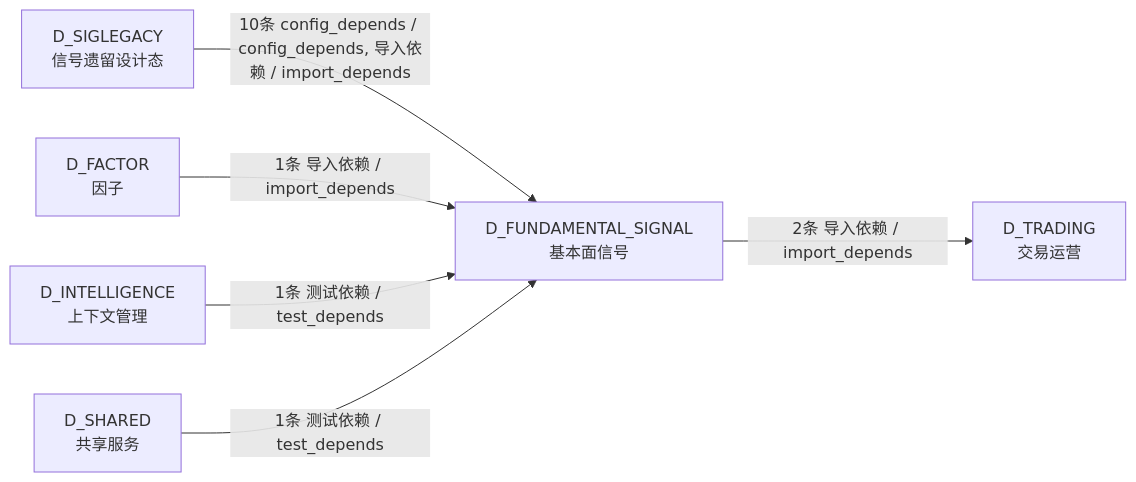
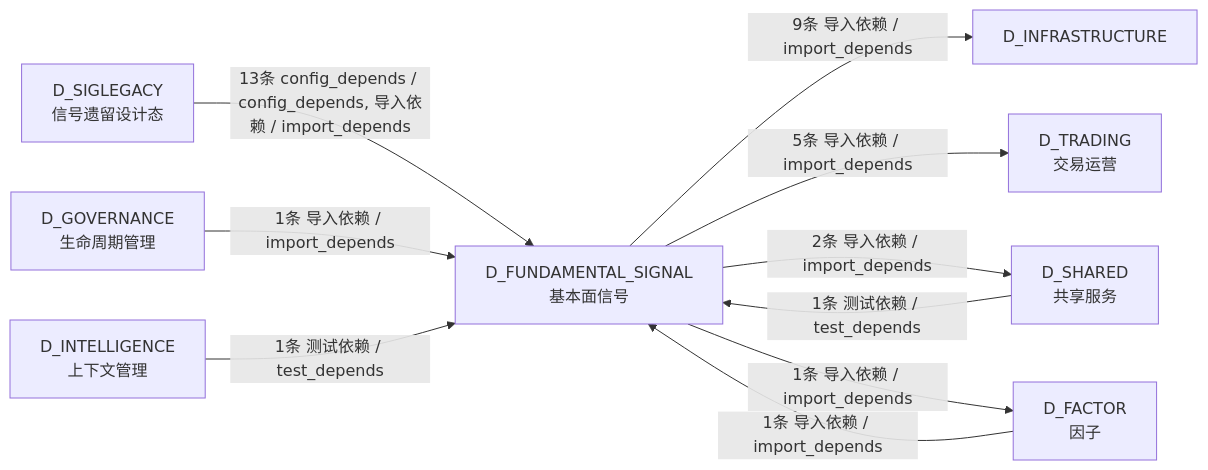
The fourth of 4 diagrams in docs/02_enterprise_architecture/02_domain_architecture_docs/37_d_fundamental_signal.md (xuanFelixVan/ZephyrAlpha), drawn with Mermaid before and after one commit. The commit also changed other lines of this file and 126 other files, not shown here.

````diff
--- a/docs/02_enterprise_architecture/02_domain_architecture_docs/37_d_fundamental_signal.md
+++ b/docs/02_enterprise_architecture/02_domain_architecture_docs/37_d_fundamental_signal.md
@@ -219,14 +286,20 @@
 ```mermaid
 graph LR
     D_FUNDAMENTAL_SIGNAL["D_FUNDAMENTAL_SIGNAL<br/>基本面信号"]
+    D_INFRASTRUCTURE["D_INFRASTRUCTURE"]
     D_TRADING["D_TRADING<br/>交易运营"]
+    D_SHARED["D_SHARED<br/>共享服务"]
+    D_FACTOR["D_FACTOR<br/>因子"]
     D_SIGLEGACY["D_SIGLEGACY<br/>信号遗留设计态"]
-    D_FACTOR["D_FACTOR<br/>因子"]
+    D_GOVERNANCE["D_GOVERNANCE<br/>生命周期管理"]
     D_INTELLIGENCE["D_INTELLIGENCE<br/>上下文管理"]
-    D_SHARED["D_SHARED<br/>共享服务"]
-    D_FUNDAMENTAL_SIGNAL -->|2条 导入依赖 / import_depends| D_TRADING
-    D_SIGLEGACY -->|10条 config_depends / config_depends, 导入依赖 / import_depends| D_FUNDAMENTAL_SIGNAL
+    D_FUNDAMENTAL_SIGNAL -->|9条 导入依赖 / import_depends| D_INFRASTRUCTURE
+    D_FUNDAMENTAL_SIGNAL -->|5条 导入依赖 / import_depends| D_TRADING
+    D_FUNDAMENTAL_SIGNAL -->|2条 导入依赖 / import_depends| D_SHARED
+    D_FUNDAMENTAL_SIGNAL -->|1条 导入依赖 / import_depends| D_FACTOR
+    D_SIGLEGACY -->|13条 config_depends / config_depends, 导入依赖 / import_depends| D_FUNDAMENTAL_SIGNAL
     D_FACTOR -->|1条 导入依赖 / import_depends| D_FUNDAMENTAL_SIGNAL
+    D_GOVERNANCE -->|1条 导入依赖 / import_depends| D_FUNDAMENTAL_SIGNAL
     D_INTELLIGENCE -->|1条 测试依赖 / test_depends| D_FUNDAMENTAL_SIGNAL
     D_SHARED -->|1条 测试依赖 / test_depends| D_FUNDAMENTAL_SIGNAL
 ```
````
